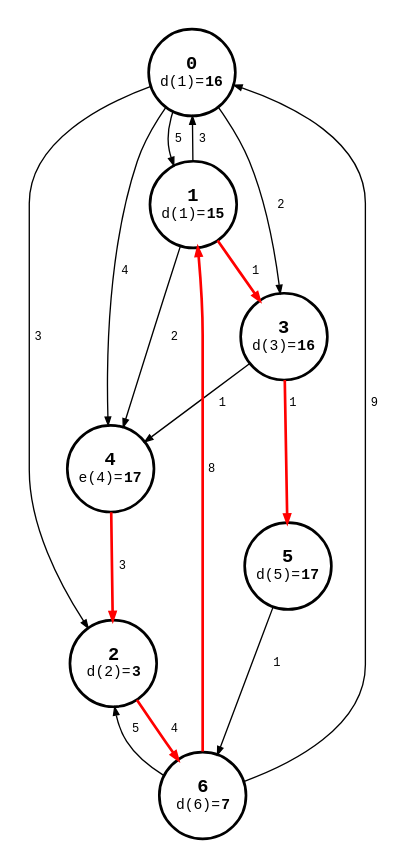
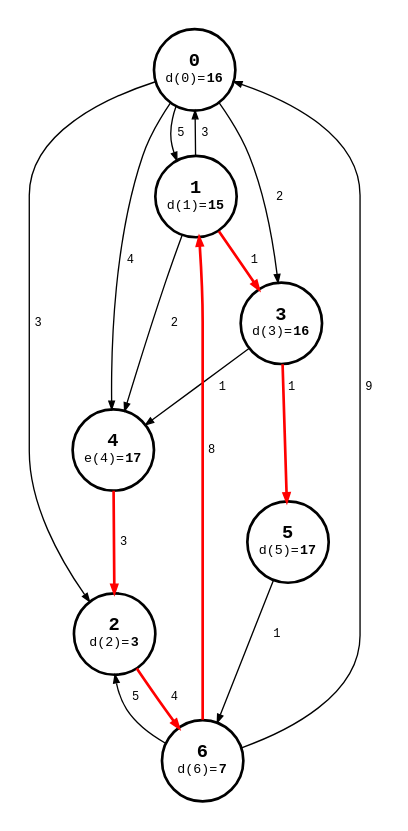
One commit to bsdrks/graaf-images changed the diagram in src/distance_matrix_diameter_1-0.87.2.dot. Above: the diagram before and after it, drawn with Graphviz. The commit also changed 40 other files, not shown here.

```diff
--- a/src/distance_matrix_diameter_1-0.87.2.dot
+++ b/src/distance_matrix_diameter_1-0.87.2.dot
@@ -1,5 +1,5 @@
 digraph {
-    node [shape=circle, fontname="monospace", style=bold, fixedsize=true, width="0.9"];
+    node [shape=circle, fontname="monospace", style=bold, fixedsize=true, width="0.85"];
     edge [arrowsize=0.6, fontname="monospace", fontsize=9];
     // layout=neato;
     // scale=3.0;
@@ -16,7 +16,7 @@
                     <td><b>0</b></td>
                 </tr>
                 <tr>
-                    <td><font point-size="11">d(1)=<b>16</b></font></td>
+                    <td><font point-size="10">d(0)=<b>16</b></font></td>
                 </tr>
             </table>
         >,
@@ -29,7 +29,7 @@
                     <td><b>1</b></td>
                 </tr>
                 <tr>
-                    <td><font point-size="11">d(1)=<b>15</b></font></td>
+                    <td><font point-size="10">d(1)=<b>15</b></font></td>
                 </tr>
             </table>
         >,
@@ -42,7 +42,7 @@
                     <td><b>2</b></td>
                 </tr>
                 <tr>
-                    <td><font point-size="11">d(2)=<b>3</b></font></td>
+                    <td><font point-size="10">d(2)=<b>3</b></font></td>
                 </tr>
             </table>
         >,
@@ -55,7 +55,7 @@
                     <td><b>3</b></td>
                 </tr>
                 <tr>
-                    <td><font point-size="11">d(3)=<b>16</b></font></td>
+                    <td><font point-size="10">d(3)=<b>16</b></font></td>
                 </tr>
             </table>
         >,
@@ -68,7 +68,7 @@
                     <td><b>4</b></td>
                 </tr>
                 <tr>
-                    <td><font point-size="11">e(4)=<b>17</b></font></td>
+                    <td><font point-size="10">e(4)=<b>17</b></font></td>
                 </tr>
             </table>
         >,
@@ -81,7 +81,7 @@
                     <td><b>5</b></td>
                 </tr>
                 <tr>
-                    <td><font point-size="11">d(5)=<b>17</b></font></td>
+                    <td><font point-size="10">d(5)=<b>17</b></font></td>
                 </tr>
             </table>
         >,
@@ -94,7 +94,7 @@
                     <td><b>6</b></td>
                 </tr>
                 <tr>
-                    <td><font point-size="11">d(6)=<b>7</b></font></td>
+                    <td><font point-size="10">d(6)=<b>7</b></font></td>
                 </tr>
             </table>
         >,
```
